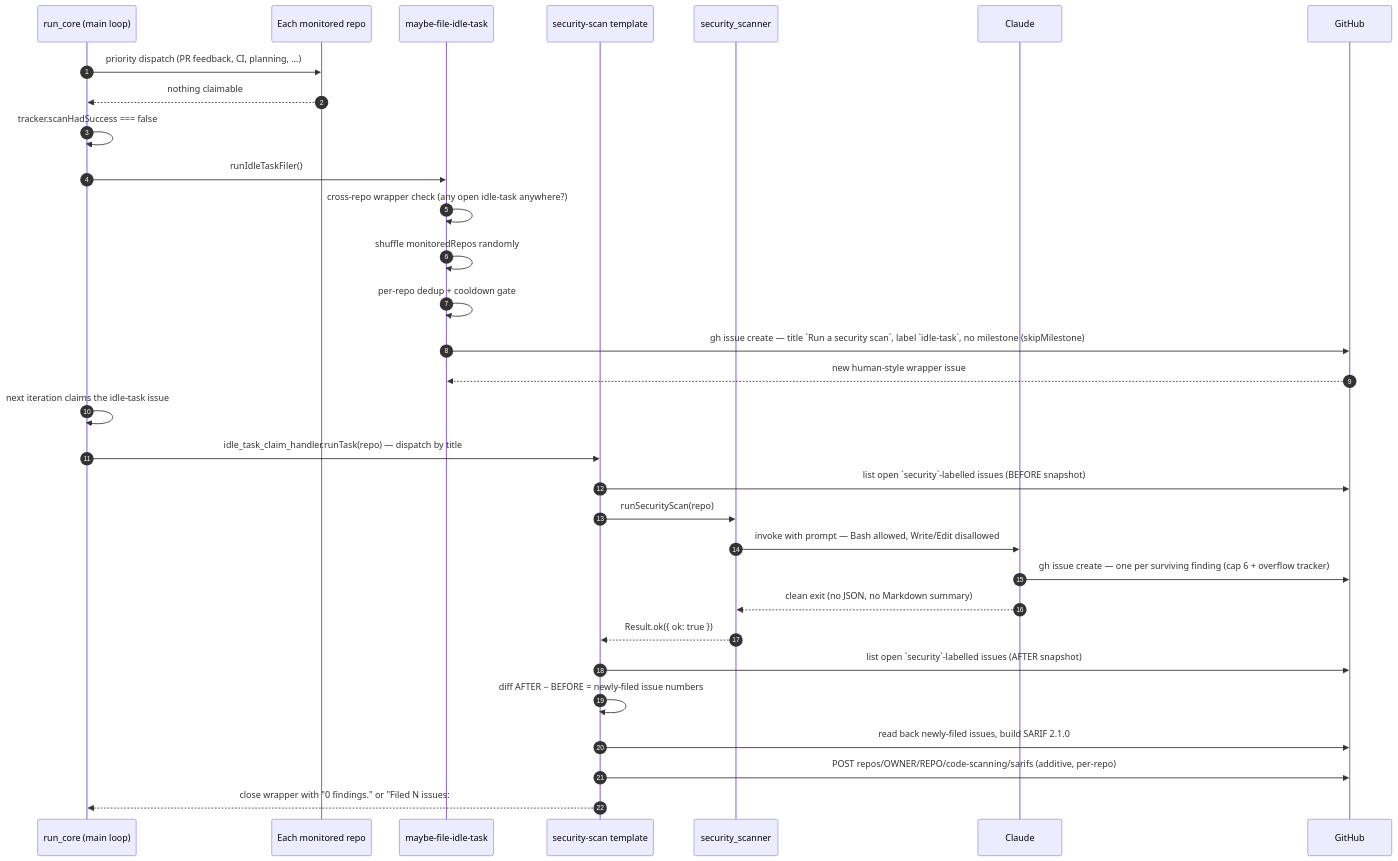
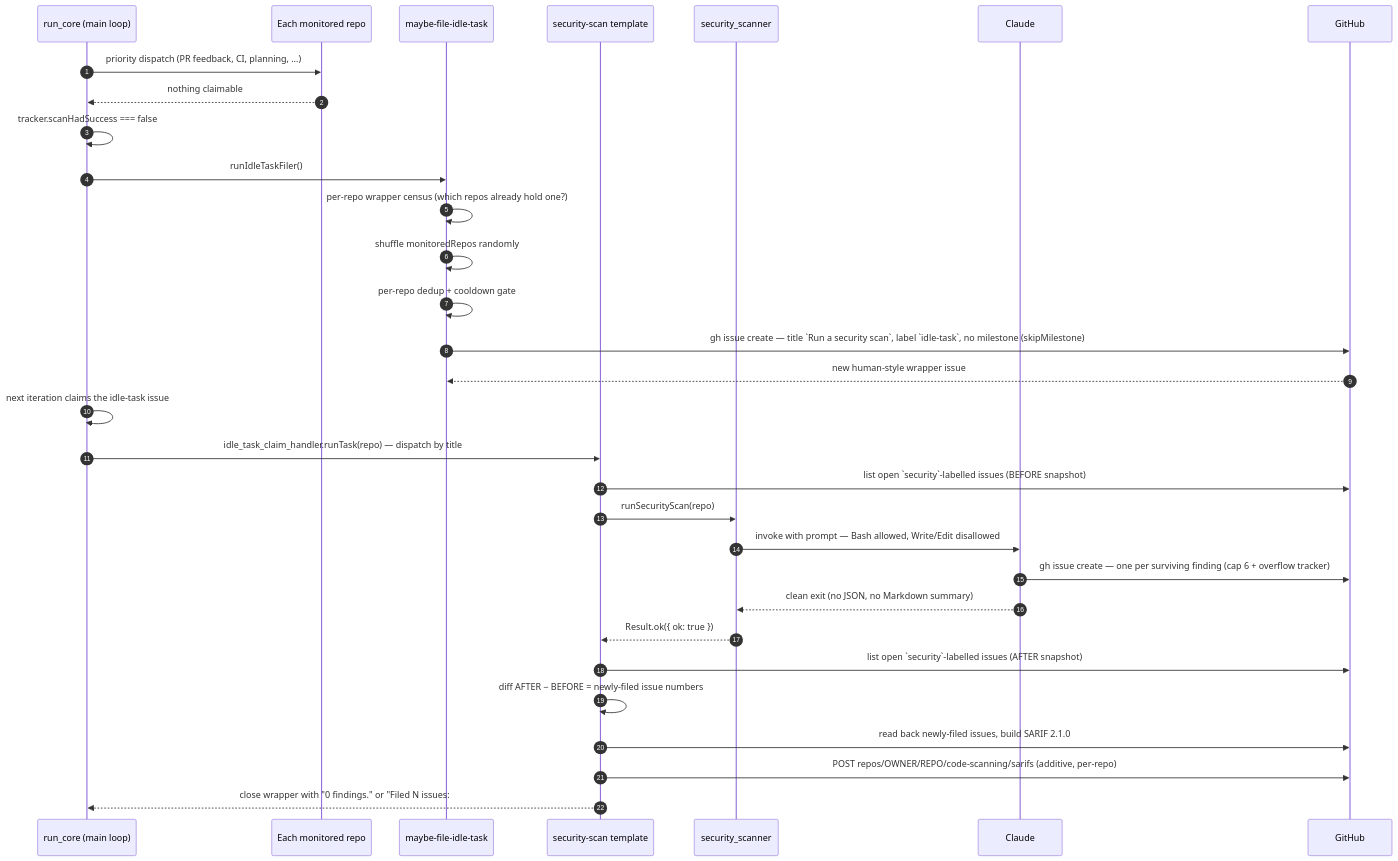
One commit to stSoftwareAU/VibeCoder changed the first of 3 diagrams in docs/SECURITY-SCAN.md. Above: the diagram before and after it, drawn with Mermaid. The commit also changed other lines of this file and 15 other files, not shown here.

First line of the commit message:
fix: raise an idle task per empty repository, not one per fleet (Issue #1083)

````diff
--- a/docs/SECURITY-SCAN.md
+++ b/docs/SECURITY-SCAN.md
@@ -183,34 +183,34 @@
 ```mermaid
 sequenceDiagram
     autonumber
     participant Main as run_core (main loop)
     participant Repo as Each monitored repo
     participant Filer as maybe-file-idle-task
     participant Template as security-scan template
     participant Scan as security_scanner
     participant Claude
     participant GH as GitHub
 
     Main->>Repo: priority dispatch (PR feedback, CI, planning, …)
     Repo-->>Main: nothing claimable
     Main->>Main: tracker.scanHadSuccess === false
     Main->>Filer: runIdleTaskFiler()
-    Filer->>Filer: cross-repo wrapper check (any open idle-task anywhere?)
+    Filer->>Filer: per-repo wrapper census (which repos already hold one?)
     Filer->>Filer: shuffle monitoredRepos randomly
     Filer->>Filer: per-repo dedup + cooldown gate
     Filer->>GH: gh issue create — title `Run a security scan`, label `idle-task`, no milestone (skipMilestone)
     GH-->>Filer: new human-style wrapper issue
     Main->>Main: next iteration claims the idle-task issue
     Main->>Template: idle_task_claim_handler.runTask(repo) — dispatch by title
     Template->>GH: list open `security`-labelled issues (BEFORE snapshot)
     Template->>Scan: runSecurityScan(repo)
     Scan->>Claude: invoke with prompt — Bash allowed, Write/Edit disallowed
     Claude->>GH: gh issue create — one per surviving finding (cap 6 + overflow tracker)
     Claude-->>Scan: clean exit (no JSON, no Markdown summary)
     Scan-->>Template: Result.ok({ ok: true })
     Template->>GH: list open `security`-labelled issues (AFTER snapshot)
     Template->>Template: diff AFTER − BEFORE = newly-filed issue numbers
     Template->>GH: read back newly-filed issues, build SARIF 2.1.0
     Template->>GH: POST repos/OWNER/REPO/code-scanning/sarifs (additive, per-repo)
     Template-->>Main: close wrapper with "0 findings." or "Filed N issues: #A, #B, …" + SARIF status
 ```
````
